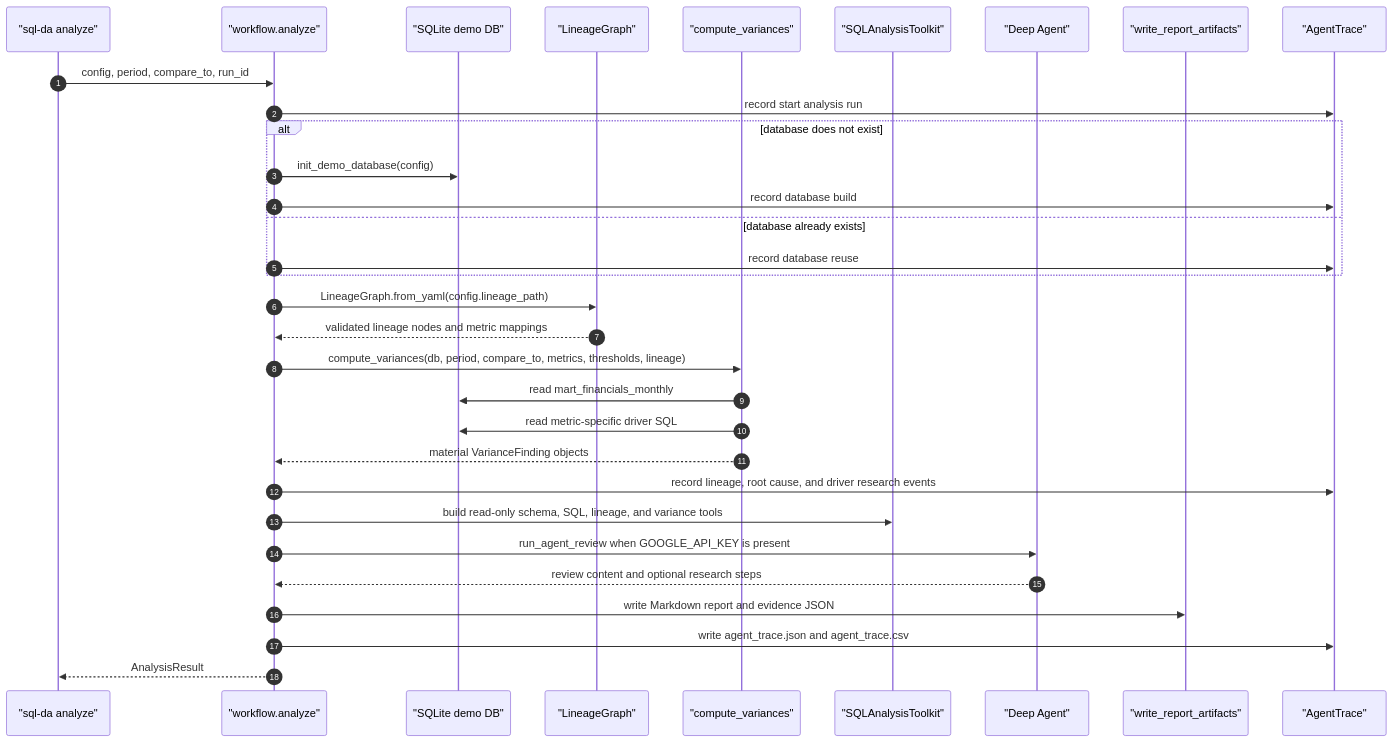
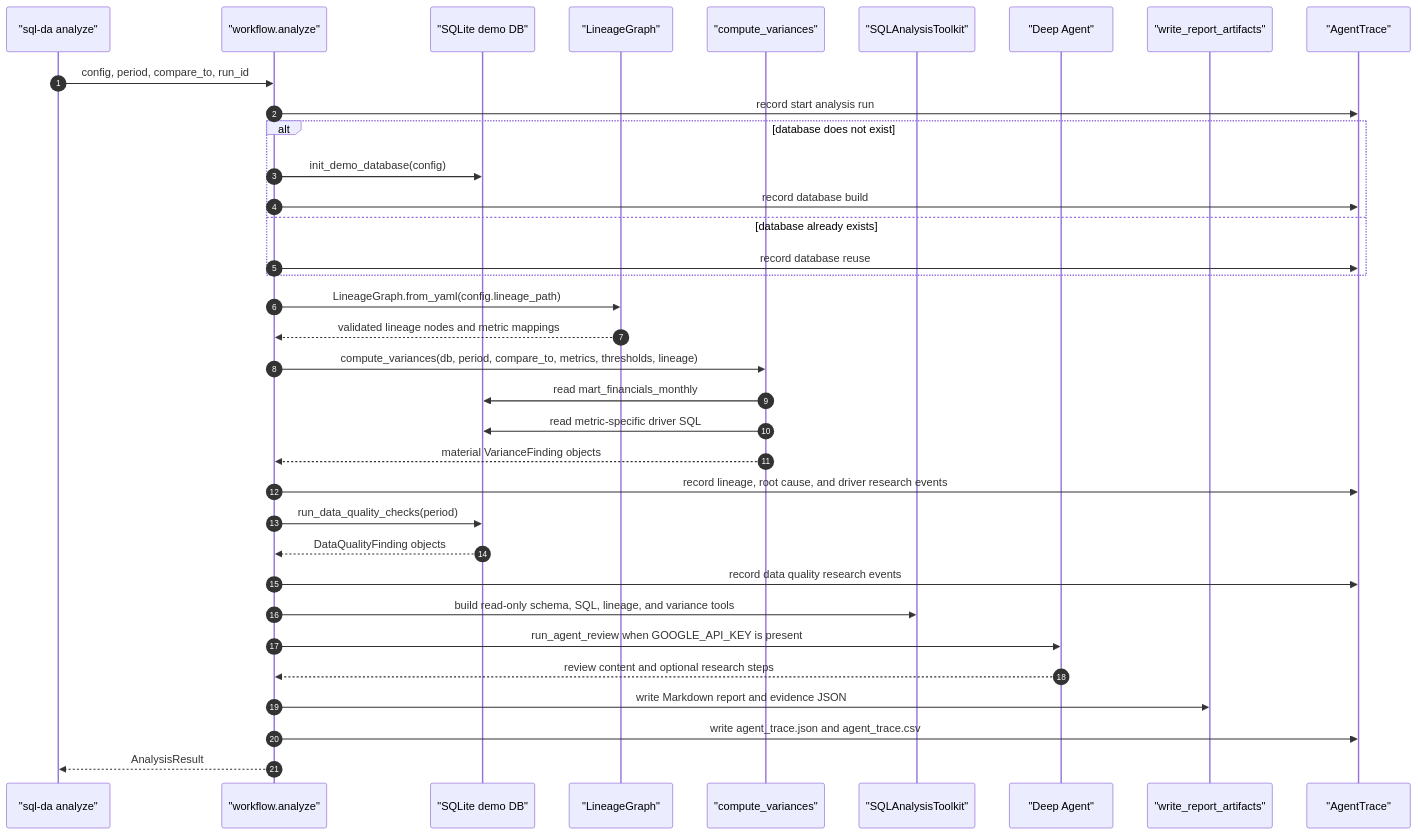
One commit to gustavorubim/sql-da changed the third of 8 diagrams in README.md. Above: the diagram before and after it, drawn with Mermaid. The commit also changed other lines of this file and 15 other files, not shown here.

First line of the commit message:
docs: Update README with data quality features and adjusted demo dataset

````diff
--- a/README.md
+++ b/README.md
@@ -210,35 +227,38 @@
 ```mermaid
 sequenceDiagram
     autonumber
     participant CLI as "sql-da analyze"
     participant WF as "workflow.analyze"
     participant DB as "SQLite demo DB"
     participant LG as "LineageGraph"
     participant VE as "compute_variances"
     participant TK as "SQLAnalysisToolkit"
     participant DA as "Deep Agent"
     participant RW as "write_report_artifacts"
     participant TR as "AgentTrace"
 
     CLI->>WF: config, period, compare_to, run_id
     WF->>TR: record start analysis run
     alt database does not exist
         WF->>DB: init_demo_database(config)
         WF->>TR: record database build
     else database already exists
         WF->>TR: record database reuse
     end
     WF->>LG: LineageGraph.from_yaml(config.lineage_path)
     LG-->>WF: validated lineage nodes and metric mappings
     WF->>VE: compute_variances(db, period, compare_to, metrics, thresholds, lineage)
     VE->>DB: read mart_financials_monthly
     VE->>DB: read metric-specific driver SQL
     VE-->>WF: material VarianceFinding objects
     WF->>TR: record lineage, root cause, and driver research events
+    WF->>DB: run_data_quality_checks(period)
+    DB-->>WF: DataQualityFinding objects
+    WF->>TR: record data quality research events
     WF->>TK: build read-only schema, SQL, lineage, and variance tools
     WF->>DA: run_agent_review when GOOGLE_API_KEY is present
     DA-->>WF: review content and optional research steps
     WF->>RW: write Markdown report and evidence JSON
     WF->>TR: write agent_trace.json and agent_trace.csv
     WF-->>CLI: AnalysisResult
 ```
````
